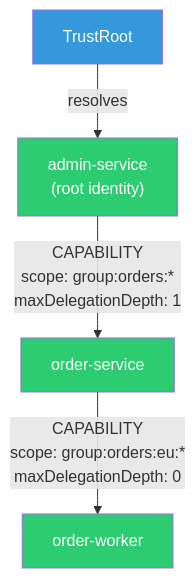
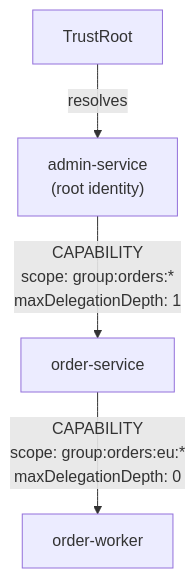
Before and after one commit to cyfko/veridot: the second of 5 diagrams in docs/docs/learn/capabilities.md, drawn with Mermaid. The commit also changed other lines of this file and 25 other files, not shown here.

First line of the commit message:
style: remove colorful fill styles from Mermaid diagrams

````diff
--- a/docs/docs/learn/capabilities.md
+++ b/docs/docs/learn/capabilities.md
@@ -85,11 +83,7 @@
 ```mermaid
 graph TD
     TR["TrustRoot"] -->|"resolves"| ADMIN["admin-service<br/>(root identity)"]
     ADMIN -->|"CAPABILITY<br/>scope: group:orders:*<br/>maxDelegationDepth: 1"| ORDER["order-service"]
     ORDER -->|"CAPABILITY<br/>scope: group:orders:eu:*<br/>maxDelegationDepth: 0"| WORKER["order-worker"]
 
-    style TR fill:#3498db,color:#fff
-    style ADMIN fill:#2ecc71,color:#fff
-    style ORDER fill:#2ecc71,color:#fff
-    style WORKER fill:#2ecc71,color:#fff
 ```
````
